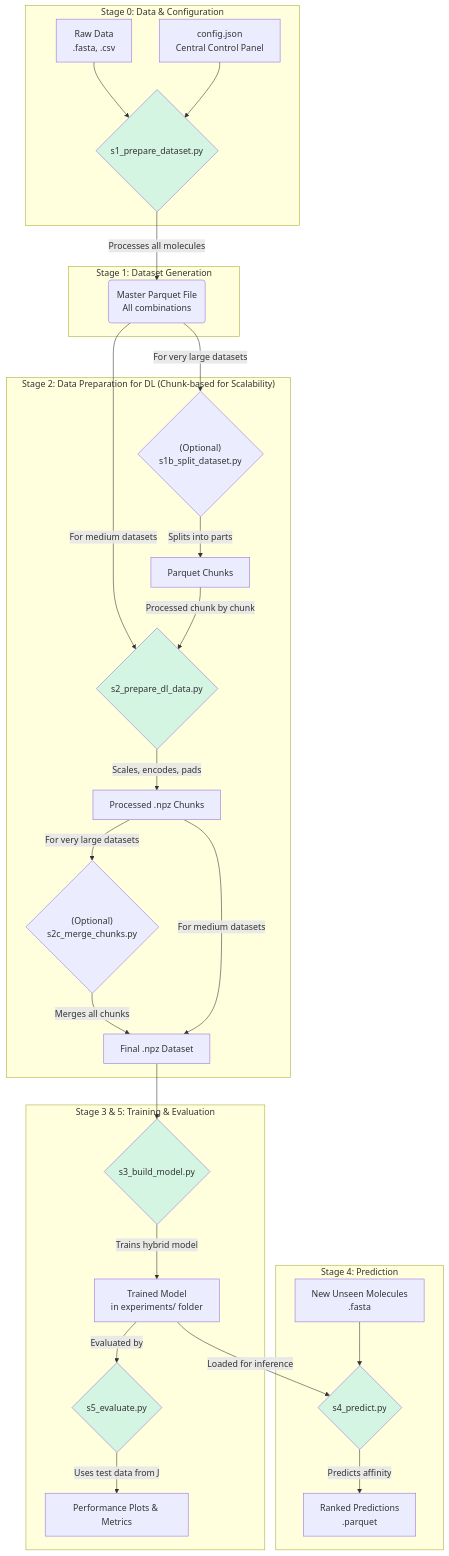
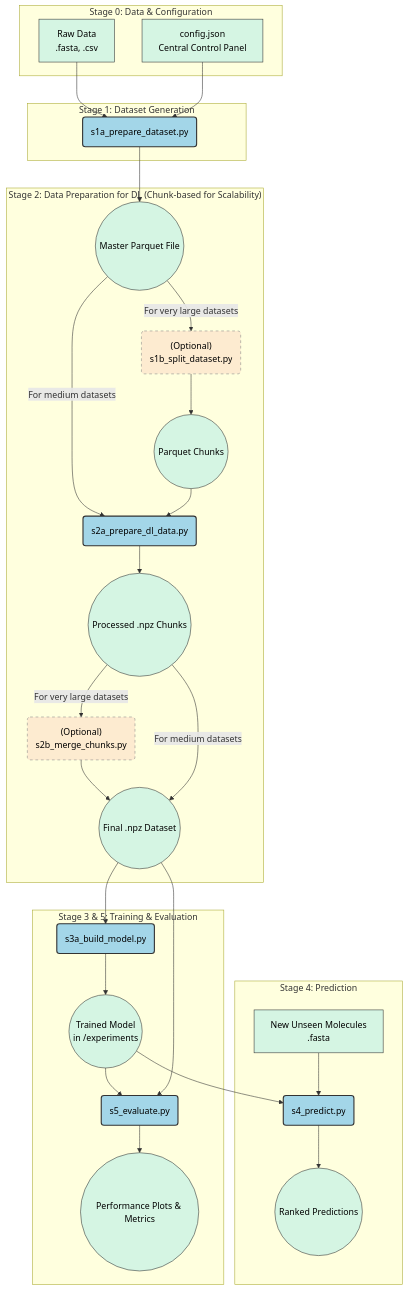
Before and after one commit to aamarzan/miRNA-RNA-Deep-Learning-Model: the diagram in README.md, drawn with Mermaid. The commit also changed other lines of this file, not shown here.

````diff
--- a/README.md
+++ b/README.md
@@ -24,42 +32,57 @@
 ```mermaid
 graph TD
+    classDef process fill:#a3d6e8,color:#000,stroke:#333,stroke-width:2px;
+    classDef data fill:#d5f5e3,color:#000,stroke:#333,stroke-width:1px;
+    classDef optional fill:#fdebd0,color:#000,stroke:#888,stroke-width:1px,stroke-dasharray: 5 5;
+
     subgraph "Stage 0: Data & Configuration"
-        A[Raw Data <br> .fasta, .csv] --> C
-        B[config.json <br> Central Control Panel] --> C
+        A[Raw Data <br> .fasta, .csv]:::data
+        B[config.json <br> Central Control Panel]:::data
     end
 
     subgraph "Stage 1: Dataset Generation"
-        C{s1_prepare_dataset.py} -- Processes all molecules --> D(Master Parquet File <br> All combinations)
+        C(s1a_prepare_dataset.py):::process
     end
 
     subgraph "Stage 2: Data Preparation for DL (Chunk-based for Scalability)"
-        D -- For very large datasets --> E{"(Optional) <br> s1b_split_dataset.py"}
-        E -- Splits into parts --> F[Parquet Chunks]
-        D -- For medium datasets --> G
-        F -- Processed chunk by chunk --> G
-        G{s2_prepare_dl_data.py} -- Scales, encodes, pads --> H[Processed .npz Chunks]
-        H -- For very large datasets --> I{"(Optional) <br> s2c_merge_chunks.py"}
-        I -- Merges all chunks --> J
-        H -- For medium datasets --> J
-        J[Final .npz Dataset]
+        D((Master Parquet File)):::data
+        E("(Optional) <br> s1b_split_dataset.py"):::optional
+        F((Parquet Chunks)):::data
+        G(s2a_prepare_dl_data.py):::process
+        H((Processed .npz Chunks)):::data
+        I("(Optional) <br> s2b_merge_chunks.py"):::optional
+        J((Final .npz Dataset)):::data
     end
 
     subgraph "Stage 3 & 5: Training & Evaluation"
-        J --> K{s3_build_model.py}
-        K -- Trains hybrid model --> L[Trained Model <br> in experiments/ folder]
-        M{s5_evaluate.py} -- Uses test data from J --> N[Performance Plots & Metrics]
-        L -- Evaluated by --> M
+        K(s3a_build_model.py):::process
+        L((Trained Model <br> in /experiments)):::data
+        M(s5_evaluate.py):::process
+        N((Performance Plots & Metrics)):::data
     end
 
     subgraph "Stage 4: Prediction"
-        L -- Loaded for inference --> O
-        P[New Unseen Molecules <br> .fasta] --> O{s4_predict.py}
-        O -- Predicts affinity --> Q[Ranked Predictions <br> .parquet]
+        O(s4_predict.py):::process
+        P[New Unseen Molecules <br> .fasta]:::data
+        Q((Ranked Predictions)):::data
     end
 
-    style C fill:#d5f5e3
-    style G fill:#d5f5e3
-    style K fill:#d5f5e3
-    style M fill:#d5f5e3
-    style O fill:#d5f5e3
+    A & B --> C --> D
+
+    D -- For very large datasets --> E
+    E --> F
+    D -- For medium datasets --> G
+    F --> G
+
+    G --> H
+
+    H -- For very large datasets --> I
+    I --> J
+    H -- For medium datasets --> J
+
+    J --> K --> L
+    L --> M
+    J --> M --> N
+
+    L & P --> O --> Q
 ```
````
